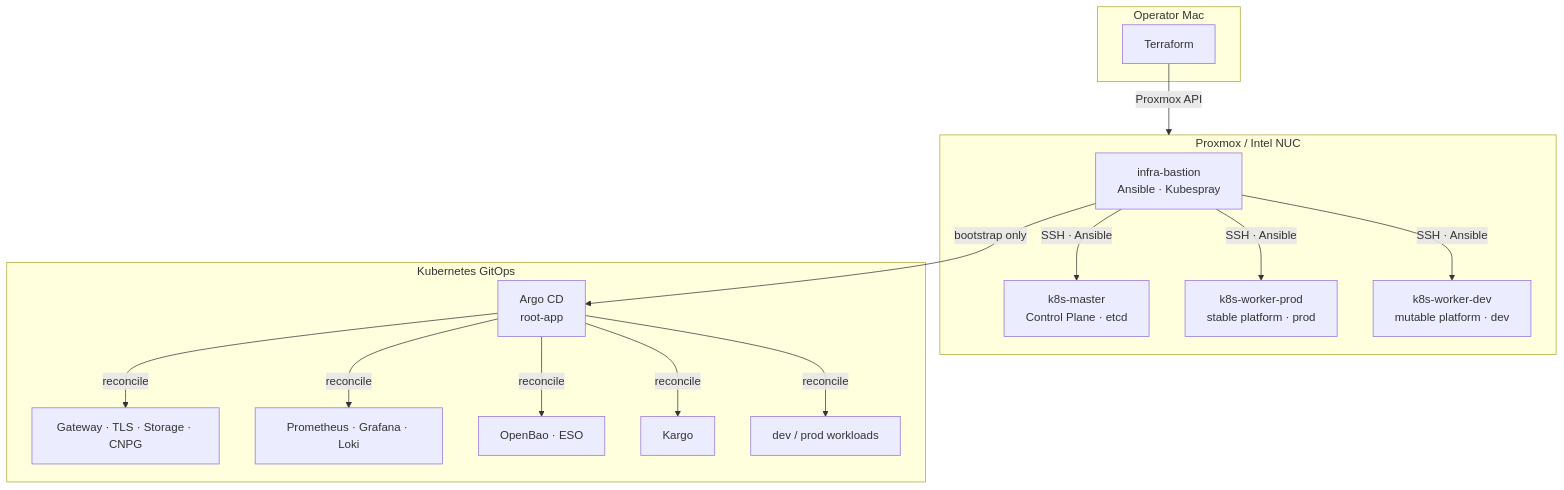
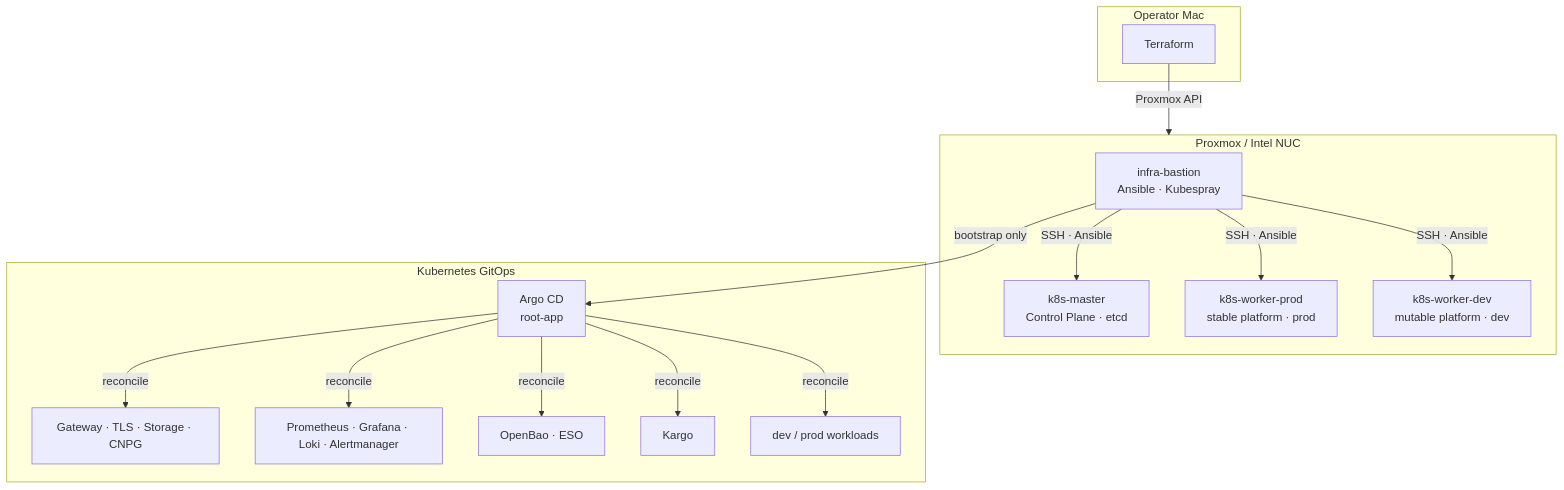
Before and after one commit to hweyoung/homelab: the first of 5 diagrams in README.md, drawn with Mermaid. The commit also changed other lines of this file and 3 other files, not shown here.

````diff
--- a/README.md
+++ b/README.md
@@ -37,27 +37,27 @@
 ```mermaid
 flowchart TB
     subgraph workstation["Operator Mac"]
         TF["Terraform"]
     end
 
     subgraph proxmox["Proxmox / Intel NUC"]
         B["infra-bastion<br/>Ansible · Kubespray"]
         CP["k8s-master<br/>Control Plane · etcd"]
         PROD["k8s-worker-prod<br/>stable platform · prod"]
         DEV["k8s-worker-dev<br/>mutable platform · dev"]
     end
 
     subgraph cluster["Kubernetes GitOps"]
         ARGO["Argo CD<br/>root-app"]
         PLATFORM["Gateway · TLS · Storage · CNPG"]
-        OBS["Prometheus · Grafana · Loki"]
+        OBS["Prometheus · Grafana · Loki · Alertmanager"]
         SECRETS["OpenBao · ESO"]
         KARGO["Kargo"]
         APPS["dev / prod workloads"]
     end
 
     TF -->|"Proxmox API"| proxmox
     B -->|"SSH · Ansible"| CP & PROD & DEV
     B -->|"bootstrap only"| ARGO
     ARGO -->|"reconcile"| PLATFORM & SECRETS & KARGO & OBS & APPS
 ```
````
